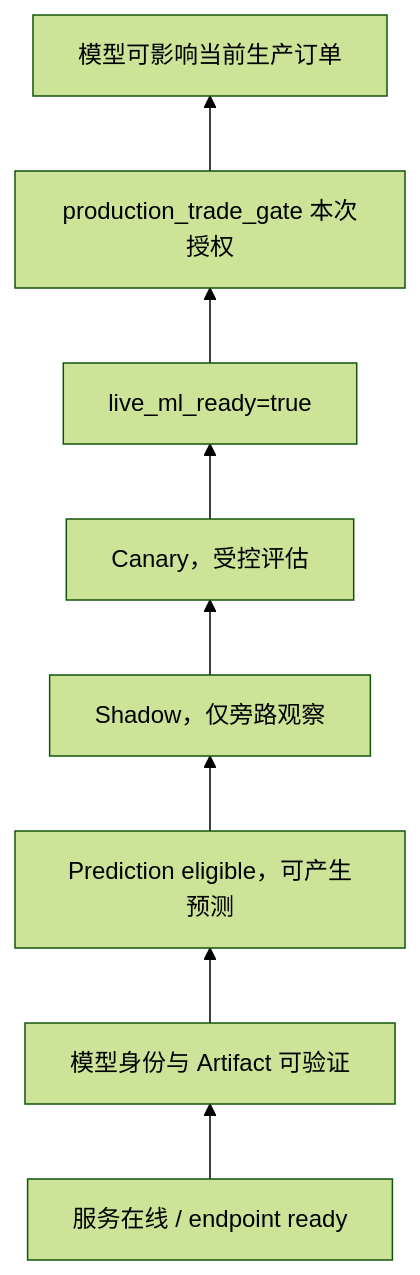
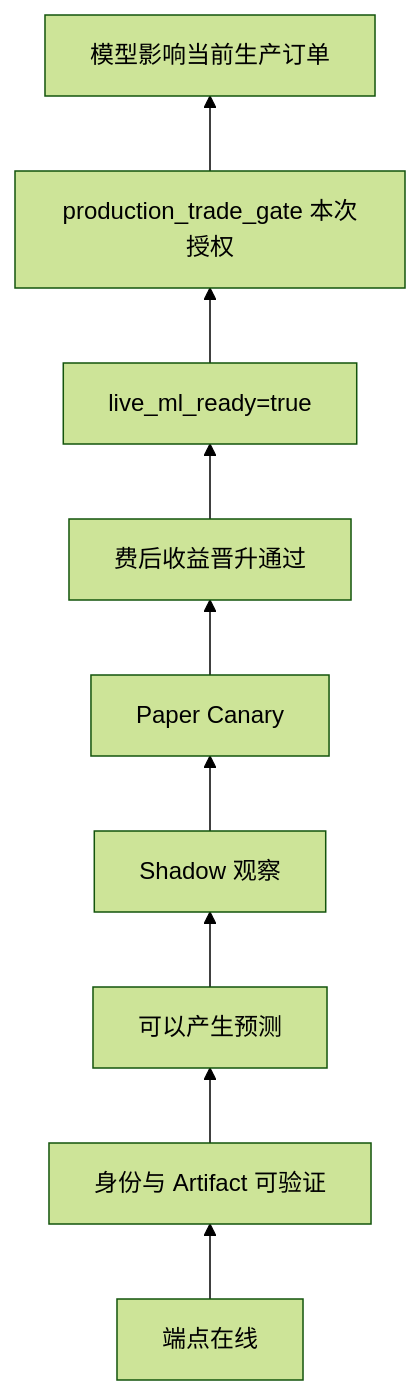
One commit to xyuun188/bb changed the fourth of 5 diagrams in docs/system_business_logic_tech_stack_models_2026-07-26.md. Above: the diagram before and after it, drawn with Mermaid (forest theme). The commit also changed other lines of this file, not shown here.

````diff
--- a/docs/system_business_logic_tech_stack_models_2026-07-26.md
+++ b/docs/system_business_logic_tech_stack_models_2026-07-26.md
@@ -558,10 +568,11 @@
 ```mermaid
 flowchart BT
-    A["服务在线 / endpoint ready"] --> B["模型身份与 Artifact 可验证"]
-    B --> C["Prediction eligible，可产生预测"]
-    C --> D["Shadow，仅旁路观察"]
-    D --> E["Canary，受控评估"]
-    E --> F["live_ml_ready=true"]
-    F --> G["production_trade_gate 本次授权"]
-    G --> H["模型可影响当前生产订单"]
+    A["端点在线"] --> B["身份与 Artifact 可验证"]
+    B --> C["可以产生预测"]
+    C --> D["Shadow 观察"]
+    D --> E["Paper Canary"]
+    E --> F["费后收益晋升通过"]
+    F --> G["live_ml_ready=true"]
+    G --> H["production_trade_gate 本次授权"]
+    H --> I["模型影响当前生产订单"]
 ```
````
